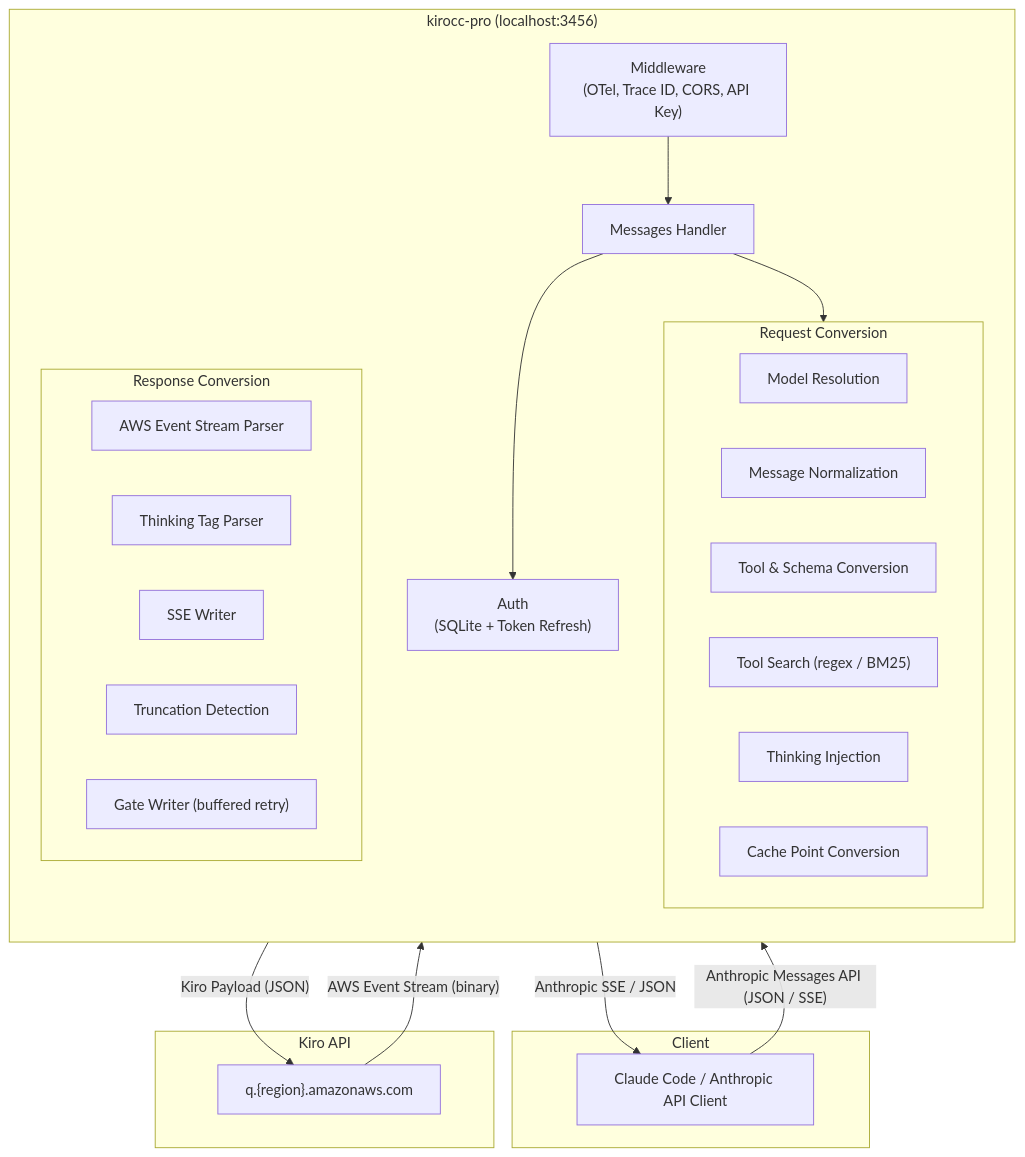
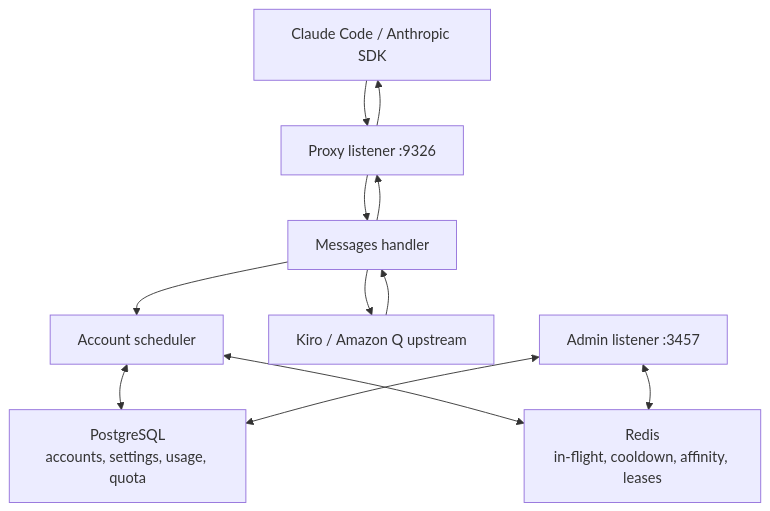
The diagram in README.md (2ue/kirocc-prox), drawn with Mermaid before and after one commit. The commit also changed other lines of this file and 116 other files, not shown here.

````diff
--- a/README.md
+++ b/README.md
@@ -418,44 +218,20 @@
 ```mermaid
 flowchart TB
-    subgraph Client
-        CC["Claude Code / Anthropic API Client"]
-    end
+    CC["Claude Code / Anthropic SDK"]
+    Proxy["Proxy listener :9326"]
+    Handler["Messages handler"]
+    Pool["Account scheduler"]
+    PG["PostgreSQL<br/>accounts, settings, usage, quota"]
+    Redis["Redis<br/>in-flight, cooldown, affinity, leases"]
+    Kiro["Kiro / Amazon Q upstream"]
+    Admin["Admin listener :3457"]
 
-    subgraph kirocc ["kirocc-pro (localhost:3456)"]
-        direction TB
-        MW["Middleware<br/>(OTel, Trace ID, CORS, API Key)"]
-        Handler["Messages Handler"]
-        Auth["Auth<br/>(SQLite + Token Refresh)"]
-
-        subgraph reqconv ["Request Conversion"]
-            direction LR
-            ModelResolve["Model Resolution"]
-            MsgNorm["Message Normalization"]
-            ToolConv["Tool &amp; Schema Conversion"]
-            ToolSearch["Tool Search (regex / BM25)"]
-            ThinkingInject["Thinking Injection"]
-            CacheConv["Cache Point Conversion"]
-        end
-
-        subgraph respconv ["Response Conversion"]
-            direction LR
-            EventParse["AWS Event Stream Parser"]
-            ThinkingParse["Thinking Tag Parser"]
-            SSEWrite["SSE Writer"]
-            TruncDetect["Truncation Detection"]
-            GateWrite["Gate Writer (buffered retry)"]
-        end
-    end
-
-    subgraph Kiro ["Kiro API"]
-        KiroAPI["q.{region}.amazonaws.com"]
-    end
-
-    CC -- "Anthropic Messages API (JSON / SSE)" --> MW
-    MW --> Handler
-    Handler --> Auth
-    Handler --> reqconv
-    reqconv -- "Kiro Payload (JSON)" --> KiroAPI
-    KiroAPI -- "AWS Event Stream (binary)" --> respconv
-    respconv -- "Anthropic SSE / JSON" --> CC
+    CC --> Proxy --> Handler
+    Handler --> Pool
+    Pool <--> PG
+    Pool <--> Redis
+    Handler --> Kiro
+    Kiro --> Handler --> Proxy --> CC
+    Admin <--> PG
+    Admin <--> Redis
 ```
````
